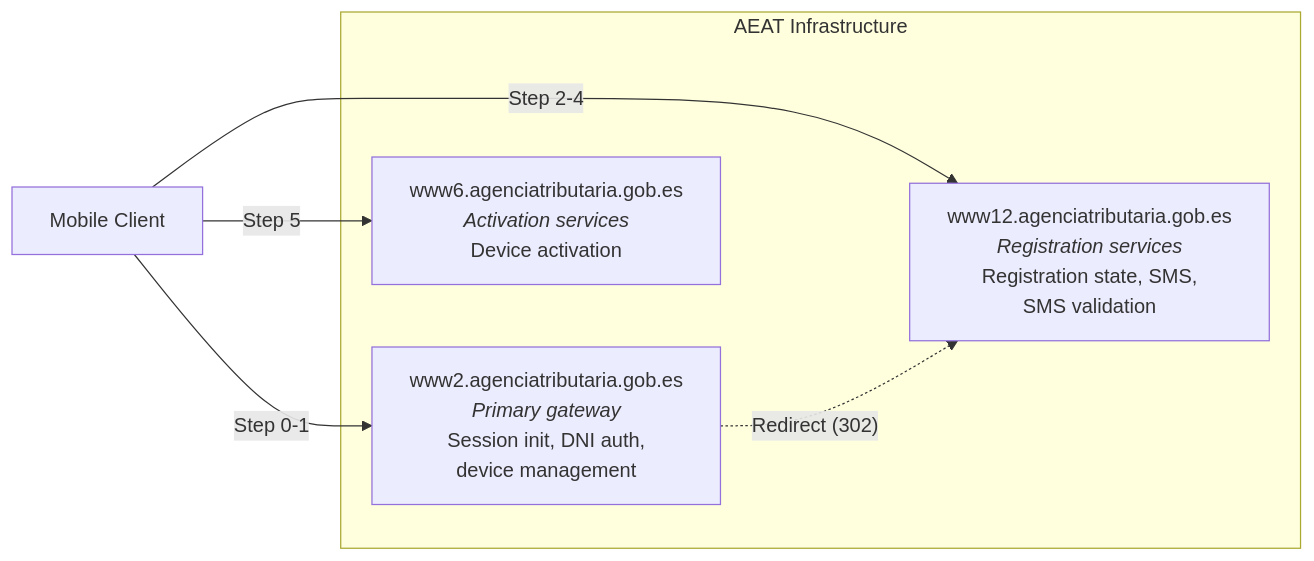
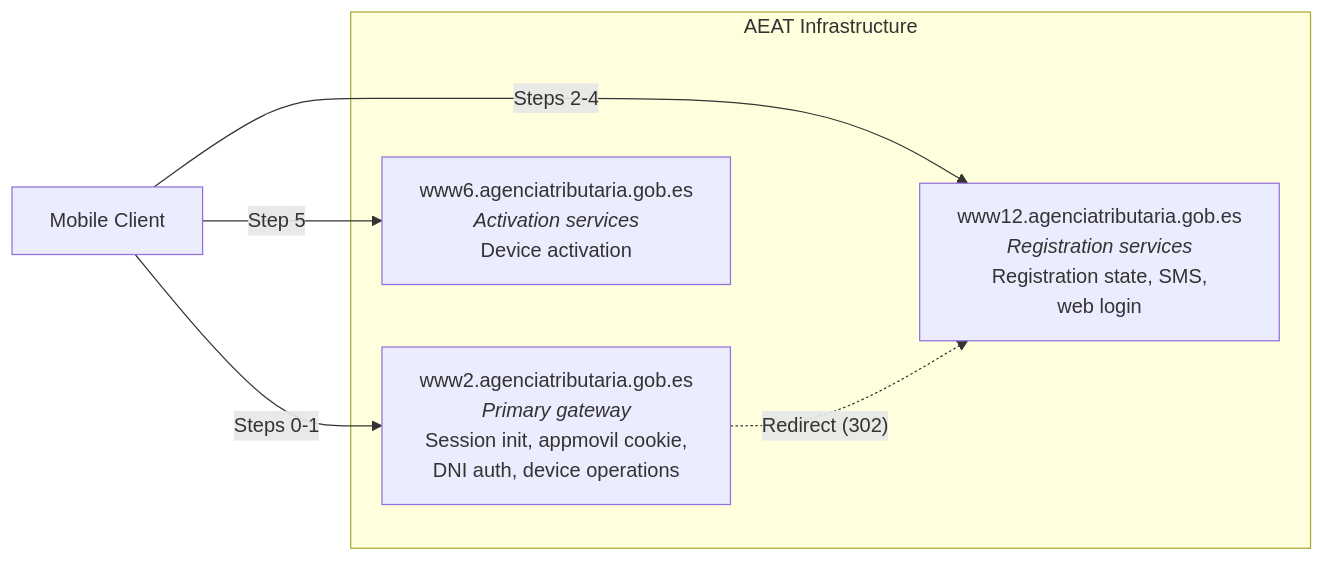
One commit to gabela-io/llave changed the diagram in book/src/architecture/aeat-infrastructure.md. Above: the diagram before and after it, drawn with Mermaid. The commit also changed other lines of this file and 27 other files, not shown here.

````diff
--- a/book/src/architecture/aeat-infrastructure.md
+++ b/book/src/architecture/aeat-infrastructure.md
@@ -7,14 +7,14 @@
 ```mermaid
 graph LR
     subgraph AEAT Infrastructure
-        www2["www2.agenciatributaria.gob.es<br/><i>Primary gateway</i><br/>Session init, DNI auth,<br/>device management"]
-        www12["www12.agenciatributaria.gob.es<br/><i>Registration services</i><br/>Registration state, SMS,<br/>SMS validation"]
+        www2["www2.agenciatributaria.gob.es<br/><i>Primary gateway</i><br/>Session init, appmovil cookie,<br/>DNI auth, device operations"]
+        www12["www12.agenciatributaria.gob.es<br/><i>Registration services</i><br/>Registration state, SMS,<br/>web login"]
         www6["www6.agenciatributaria.gob.es<br/><i>Activation services</i><br/>Device activation"]
     end
 
-    Client["Mobile Client"] -->|"Step 0-1"| www2
-    Client -->|"Step 2-4"| www12
+    Client["Mobile Client"] -->|"Steps 0-1"| www2
+    Client -->|"Steps 2-4"| www12
     Client -->|"Step 5"| www6
 
     www2 -.->|"Redirect (302)"| www12
 ```
````
